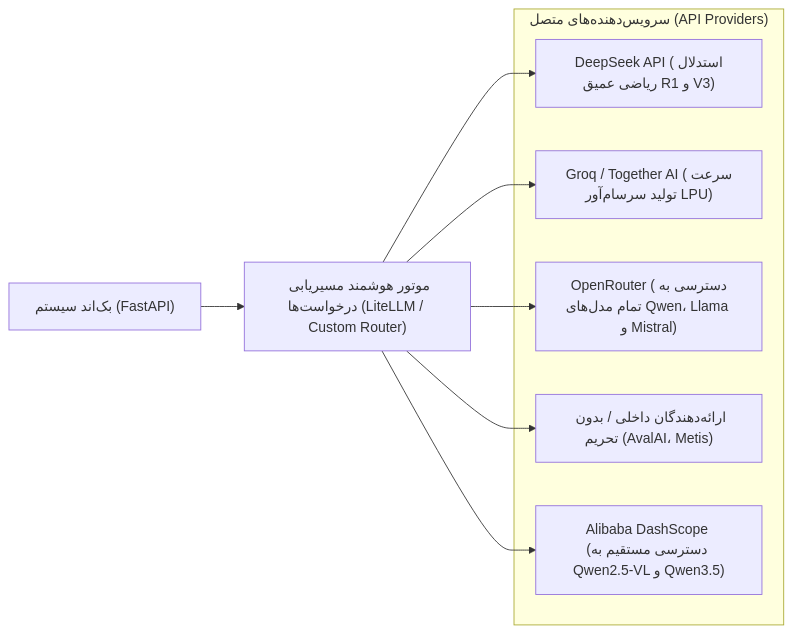
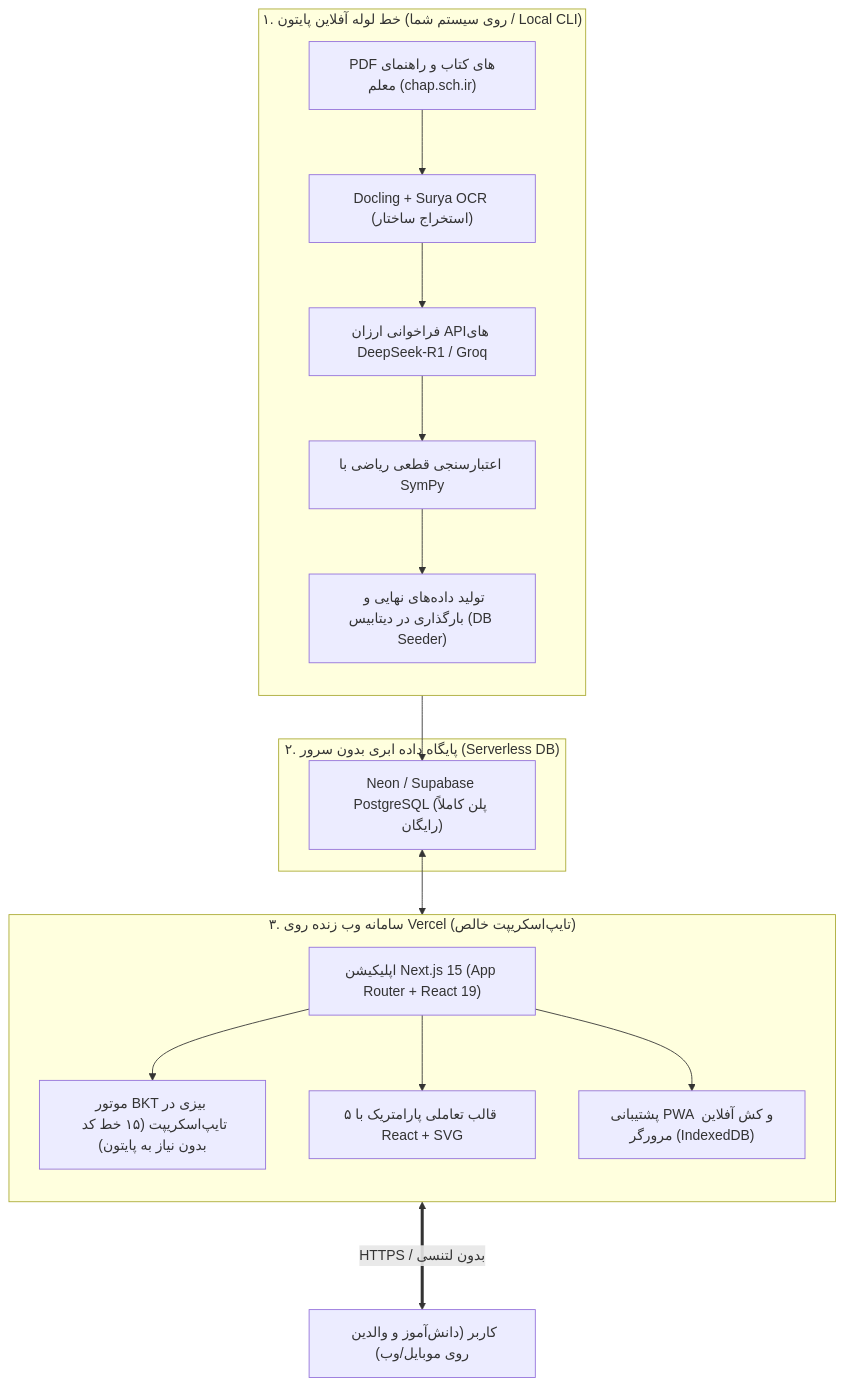
Before and after one commit to javadderoom/education: the diagram in docs/08_pure_foss_technology_stack.md, drawn with Mermaid. The commit also changed other lines of this file and 3 other files, not shown here.

Commit message:
docs(architecture): update blueprints for Vercel deployment, Next.js PWA, and local Python ingestion

````diff
--- a/docs/08_pure_foss_technology_stack.md
+++ b/docs/08_pure_foss_technology_stack.md
@@ -13,18 +12,24 @@
 ```mermaid
-flowchart LR
-    Backend["بک‌اند سیستم (FastAPI)"] --> Router["موتور هوشمند مسیریابی درخواست‌ها (LiteLLM / Custom Router)"]
-    
-    subgraph Providers ["سرویس‌دهنده‌های متصل (API Providers)"]
-        DeepSeek["DeepSeek API (استدلال ریاضی عمیق R1 و V3)"]
-        Groq["Groq / Together AI (سرعت تولید سرسام‌آور LPU)"]
-        OpenRouter["OpenRouter (دسترسی به تمام مدل‌های Qwen، Llama و Mistral)"]
-        Domestic["ارائه‌دهندگان داخلی / بدون تحریم (AvalAI، Metis)"]
-        DashScope["Alibaba DashScope (دسترسی مستقیم به Qwen2.5-VL و Qwen3.5)"]
+flowchart TD
+    subgraph OfflinePipeline ["۱. خط لوله آفلاین پایتون (روی سیستم شما / Local CLI)"]
+        direction TB
+        PDF["PDFهای کتاب و راهنمای معلم (chap.sch.ir)"] --> Docling["Docling + Surya OCR (استخراج ساختار)"]
+        Docling --> API["فراخوانی ارزان APIهای DeepSeek-R1 / Groq"]
+        API --> SymPy["اعتبارسنجی قطعی ریاضی با SymPy"]
+        SymPy --> Seed["تولید داده‌های نهایی و بارگذاری در دیتابیس (DB Seeder)"]
     end
-    
-    Router --> DeepSeek
-    Router --> Groq
-    Router --> OpenRouter
-    Router --> Domestic
-    Router --> DashScope
+
+    subgraph CloudStorage ["۲. پایگاه داده ابری بدون سرور (Serverless DB)"]
+        Seed --> Neon["Neon / Supabase PostgreSQL (پلن کاملاً رایگان)"]
+    end
+
+    subgraph ProductionWeb ["۳. سامانه وب زنده روی Vercel (تایپ‌اسکریپت خالص)"]
+        direction TB
+        Neon <--> NextApp["اپلیکیشن Next.js 15 (App Router + React 19)"]
+        NextApp --> BKT["موتور BKT بیزی در تایپ‌اسکریپت (۱۵ خط کد بدون نیاز به پایتون)"]
+        NextApp --> Widgets["۵ قالب تعاملی پارامتریک با React + SVG"]
+        NextApp --> PWA["پشتیبانی PWA و کش آفلاین مرورگر (IndexedDB)"]
+    end
+
+    ProductionWeb <===>|"HTTPS / بدون لتنسی"| User["کاربر (دانش‌آموز و والدین روی موبایل/وب)"]
 ```
````
